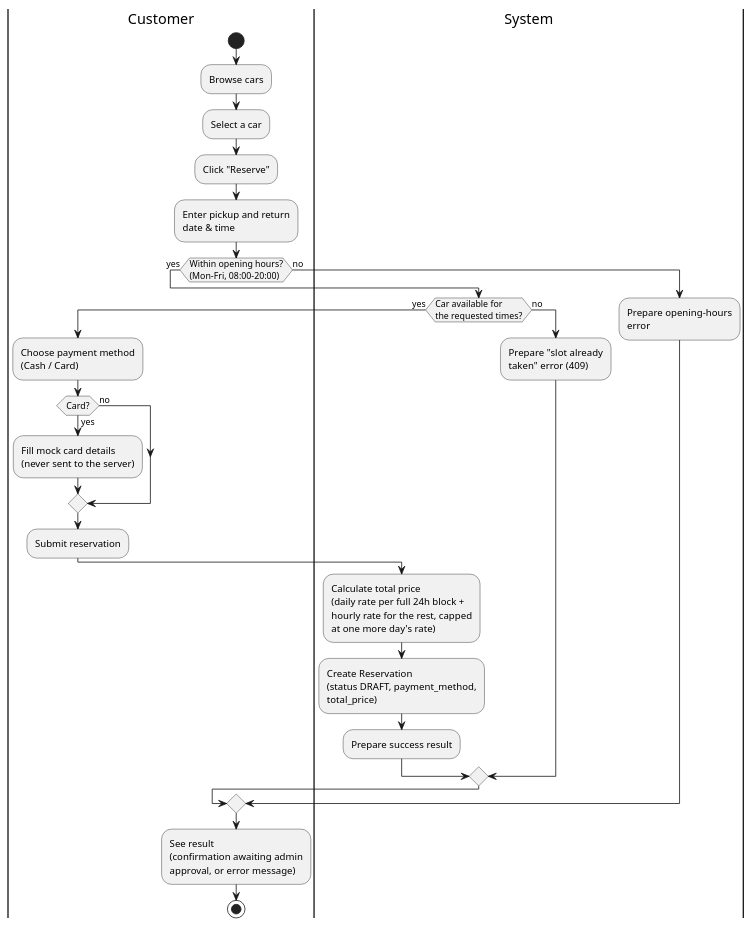
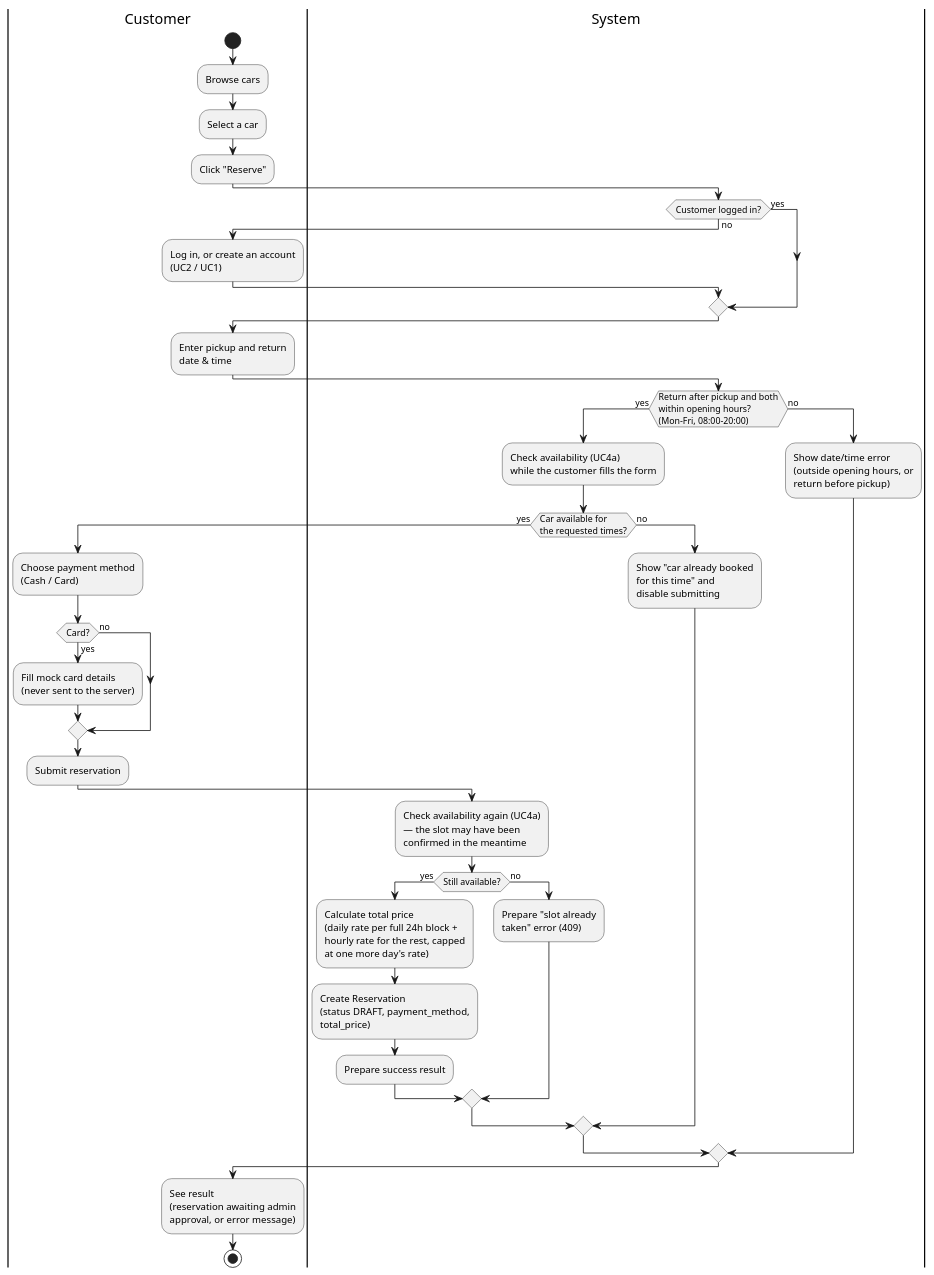
Before and after one commit to DavidMagyarics/CarRentalVSB: the diagram in docs/diagrams/activity-make-reservation.puml, drawn with PlantUML. The commit also changed 4 other files, not shown here.

First line of the commit message:
fix(docs): align use case and activity diagrams with the implementation

```diff
--- a/docs/diagrams/activity-make-reservation.puml
+++ b/docs/diagrams/activity-make-reservation.puml
@@ -1,36 +1,51 @@
 @startuml activity-make-reservation
 skinparam backgroundColor white
 
 |Customer|
 start
 :Browse cars;
 :Select a car;
 :Click "Reserve";
+
+|System|
+if (Customer logged in?) then (no)
+  |Customer|
+  :Log in, or create an account\n(UC2 / UC1);
+else (yes)
+endif
+
+|Customer|
 :Enter pickup and return\ndate & time;
 
-if (Within opening hours?\n(Mon-Fri, 08:00-20:00)) then (yes)
-  |System|
+|System|
+if (Return after pickup and both\nwithin opening hours?\n(Mon-Fri, 08:00-20:00)) then (yes)
+  :Check availability (UC4a)\nwhile the customer fills the form;
   if (Car available for\nthe requested times?) then (yes)
     |Customer|
     :Choose payment method\n(Cash / Card);
     if (Card?) then (yes)
       :Fill mock card details\n(never sent to the server);
     else (no)
     endif
     :Submit reservation;
 
     |System|
-    :Calculate total price\n(daily rate per full 24h block +\nhourly rate for the rest, capped\nat one more day's rate);
-    :Create Reservation\n(status DRAFT, payment_method,\ntotal_price);
-    :Prepare success result;
+    :Check availability again (UC4a)\n— the slot may have been\nconfirmed in the meantime;
+    if (Still available?) then (yes)
+      :Calculate total price\n(daily rate per full 24h block +\nhourly rate for the rest, capped\nat one more day's rate);
+      :Create Reservation\n(status DRAFT, payment_method,\ntotal_price);
+      :Prepare success result;
+    else (no)
+      :Prepare "slot already\ntaken" error (409);
+    endif
   else (no)
-    :Prepare "slot already\ntaken" error (409);
+    :Show "car already booked\nfor this time" and\ndisable submitting;
   endif
 else (no)
-  :Prepare opening-hours\nerror;
+  :Show date/time error\n(outside opening hours, or\nreturn before pickup);
 endif
 
 |Customer|
-:See result\n(confirmation awaiting admin\napproval, or error message);
+:See result\n(reservation awaiting admin\napproval, or error message);
 stop
 @enduml
```
